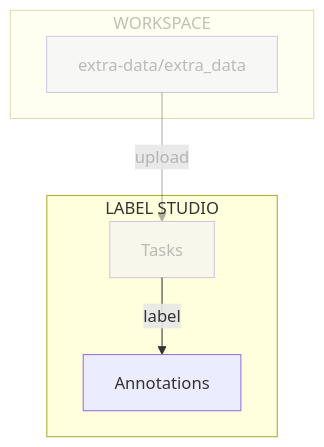
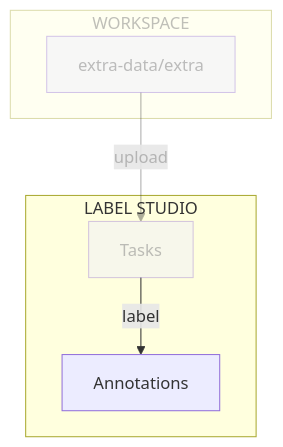
The diagram in docs/part-5-label-data-and-retrain/chapter-52-label-new-data-with-label-studio.md (swiss-ai-center/a-guide-to-mlops), drawn with Mermaid before and after one commit. The commit also changed 21 other files, not shown here.

````diff
--- a/docs/part-5-label-data-and-retrain/chapter-52-label-new-data-with-label-studio.md
+++ b/docs/part-5-label-data-and-retrain/chapter-52-label-new-data-with-label-studio.md
@@ -11,19 +11,19 @@
 ```mermaid
 flowchart TB
-    extra_data -->|upload| labelStudioTasks
+    extra -->|upload| labelStudioTasks
     labelStudioTasks -->|label| labelStudioAnnotations
 
     subgraph workspaceGraph[WORKSPACE]
-        extra_data[extra-data/extra_data]
+        extra[extra-data/extra]
     end
 
     subgraph labelStudioGraph[LABEL STUDIO]
         labelStudioTasks[Tasks]
         labelStudioAnnotations[Annotations]
     end
 
     style workspaceGraph opacity:0.4,color:#7f7f7f80
-    style extra_data opacity:0.4,color:#7f7f7f80
+    style extra opacity:0.4,color:#7f7f7f80
     style labelStudioTasks opacity:0.4,color:#7f7f7f80
     linkStyle 0 opacity:0.4,color:#7f7f7f80
 ```
````
